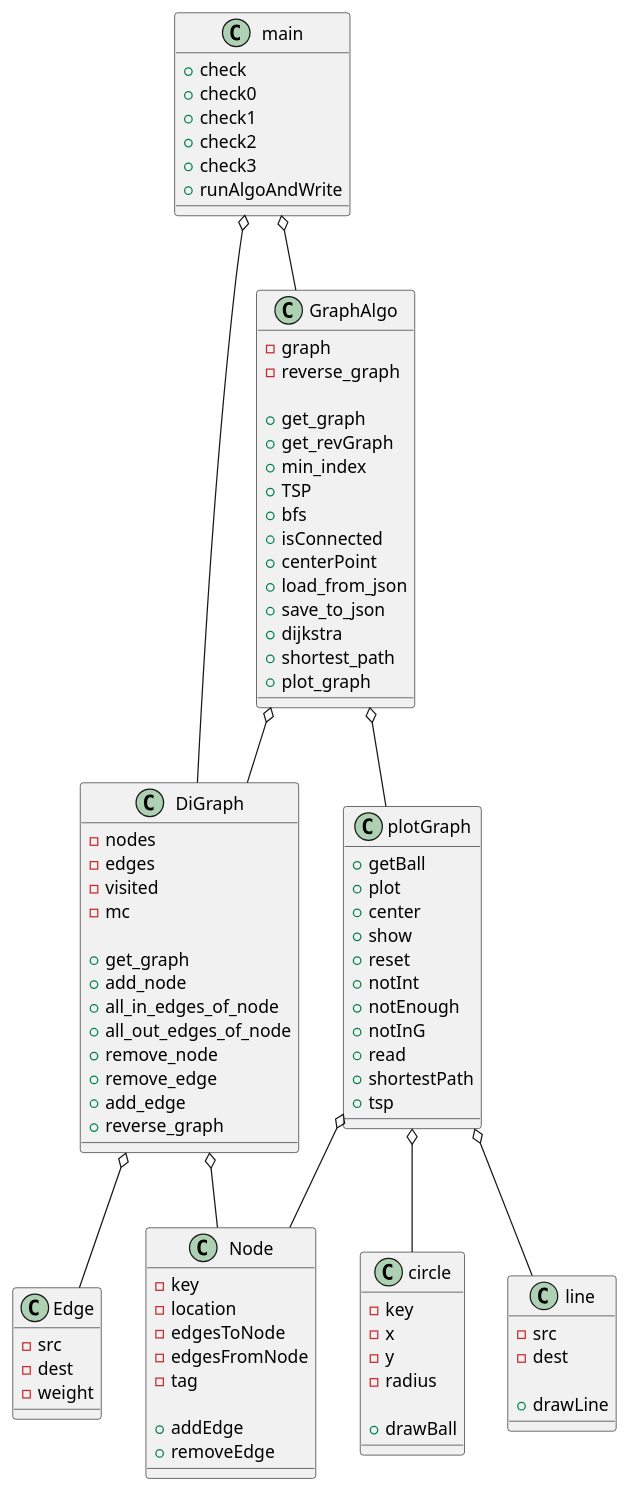
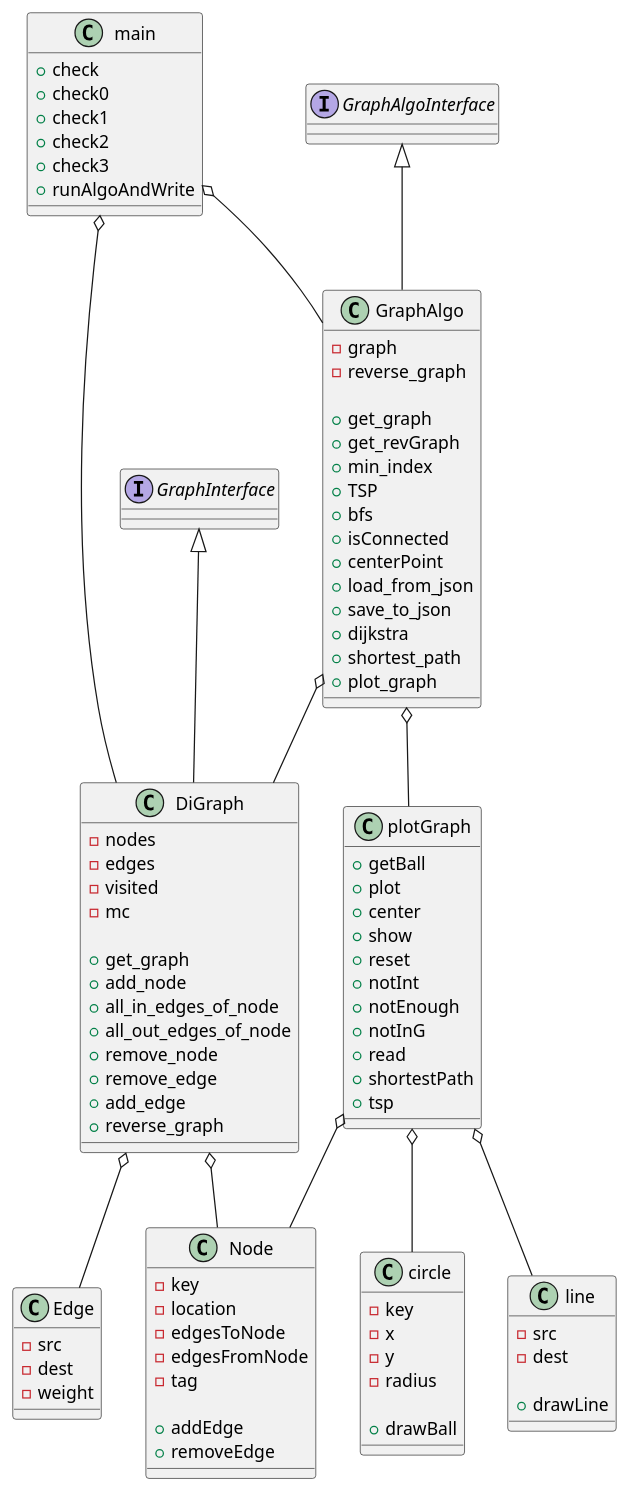
One commit to TaliaSeada/Ex3_OOP changed the diagram in src/diagram.puml. Above: the diagram before and after it, drawn with PlantUML. The commit also changed 2 other files, not shown here.

Commit message:
update README update UML

```diff
--- a/src/diagram.puml
+++ b/src/diagram.puml
@@ -1,109 +1,114 @@
 @startuml
 
 main o-- DiGraph
 main o-- GraphAlgo
 
 DiGraph o-- Edge
 DiGraph o-- Node
 
 GraphAlgo o-- DiGraph
 GraphAlgo o-- plotGraph
 
 plotGraph o-- Node
 plotGraph o-- circle
 plotGraph o-- line
 
+interface GraphInterface
+interface GraphAlgoInterface
+
+GraphInterface <|-- DiGraph
+GraphAlgoInterface <|-- GraphAlgo
 
 class main{
 +check
 +check0
 +check1
 +check2
 +check3
 +runAlgoAndWrite
 }
 
 class Edge{
 -src
 -dest
 -weight
 }
 
 class Node{
 -key
 -location
 -edgesToNode
 -edgesFromNode
 -tag
 
 +addEdge
 +removeEdge
 }
 
 class DiGraph{
 -nodes
 -edges
 -visited
 -mc
 
 +get_graph
 +add_node
 +all_in_edges_of_node
 +all_out_edges_of_node
 +remove_node
 +remove_edge
 +add_edge
 +reverse_graph
 }
 
 class plotGraph{
 +getBall
 +plot
 +center
 +show
 +reset
 +notInt
 +notEnough
 +notInG
 +read
 +shortestPath
 +tsp
 }
 
 class circle{
 -key
 - x
 - y
 -radius
 
 +drawBall
 }
 
 class line{
 -src
 -dest
 
 +drawLine
 }
 
 class GraphAlgo{
 -graph
 -reverse_graph
 
 +get_graph
 +get_revGraph
 +min_index
 +TSP
 +bfs
 +isConnected
 +centerPoint
 +load_from_json
 +save_to_json
 +dijkstra
 +shortest_path
 +plot_graph
 }
 
 
 
 @enduml
```
